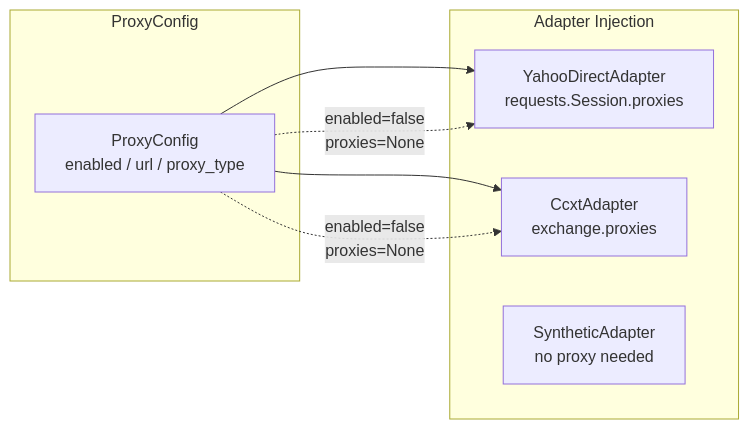
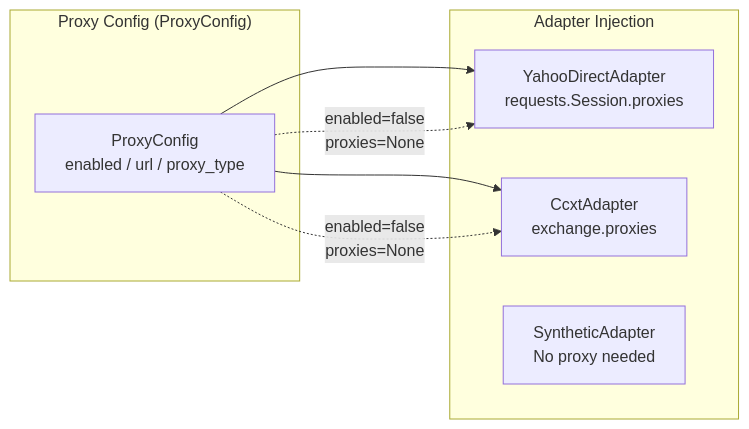
Before and after one commit to RESBI/StockStatistic: the fifth of 23 diagrams in DESIGN.md, drawn with Mermaid. The commit also changed other lines of this file, not shown here.

````diff
--- a/DESIGN.md
+++ b/DESIGN.md
@@ -277,17 +292,17 @@
 ```mermaid
 graph LR
-    subgraph "ProxyConfig"
+    subgraph "Proxy Config (ProxyConfig)"
         PC["ProxyConfig<br/>enabled / url / proxy_type"]
     end
     
     subgraph "Adapter Injection"
         YD["YahooDirectAdapter<br/>requests.Session.proxies"]
         CC["CcxtAdapter<br/>exchange.proxies"]
-        SY["SyntheticAdapter<br/>no proxy needed"]
+        SY["SyntheticAdapter<br/>No proxy needed"]
     end
     
     PC --> YD
     PC --> CC
     PC -.->|"enabled=false<br/>proxies=None"| YD
     PC -.->|"enabled=false<br/>proxies=None"| CC
 ```
````
